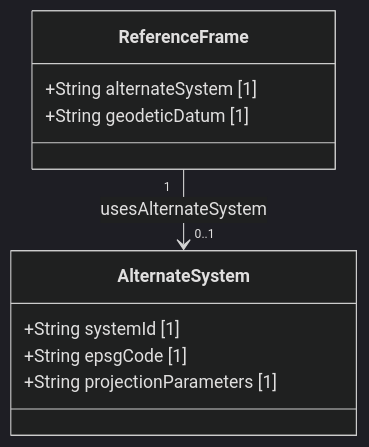
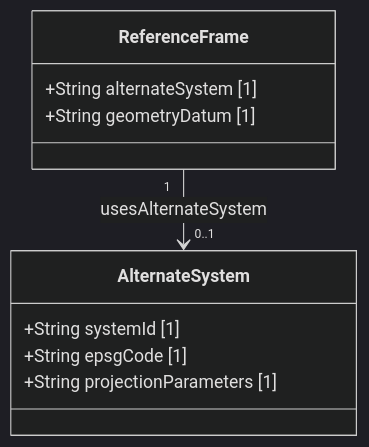
The diagram in docs/features/feat-002-alternate-systems.md (gintatkinson/digital-pipeline-repo), drawn with Mermaid (dark theme) before and after one commit. The commit also changed other lines of this file and 36 other files, not shown here.

````diff
--- a/docs/features/feat-002-alternate-systems.md
+++ b/docs/features/feat-002-alternate-systems.md
@@ -13,13 +13,13 @@
 ```mermaid
 classDiagram
     class AlternateSystem {
         +String systemId [1]
         +String epsgCode [1]
         +String projectionParameters [1]
     }
     class ReferenceFrame {
         +String alternateSystem [1]
-        +String geodeticDatum [1]
+        +String geometryDatum [1]
     }
     ReferenceFrame "1" --> "0..1" AlternateSystem : usesAlternateSystem
 ```
````
